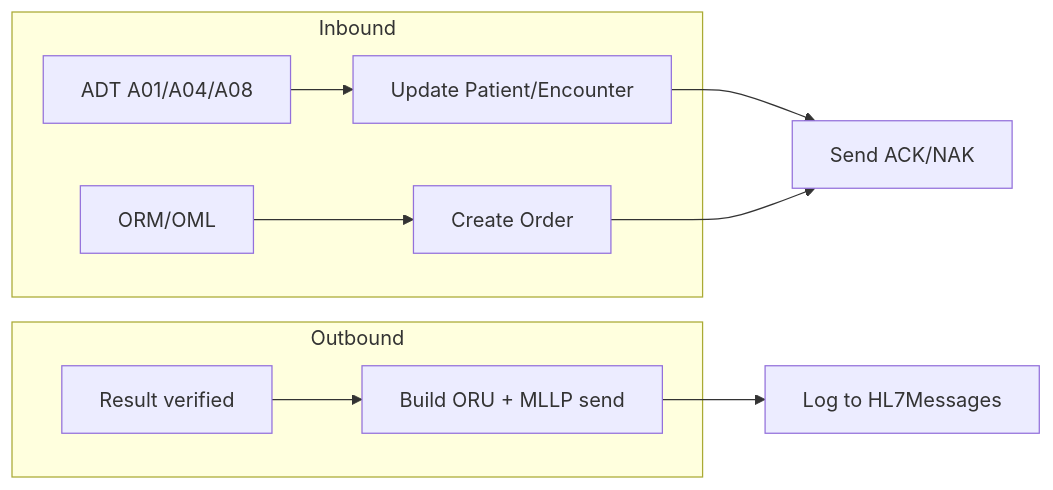
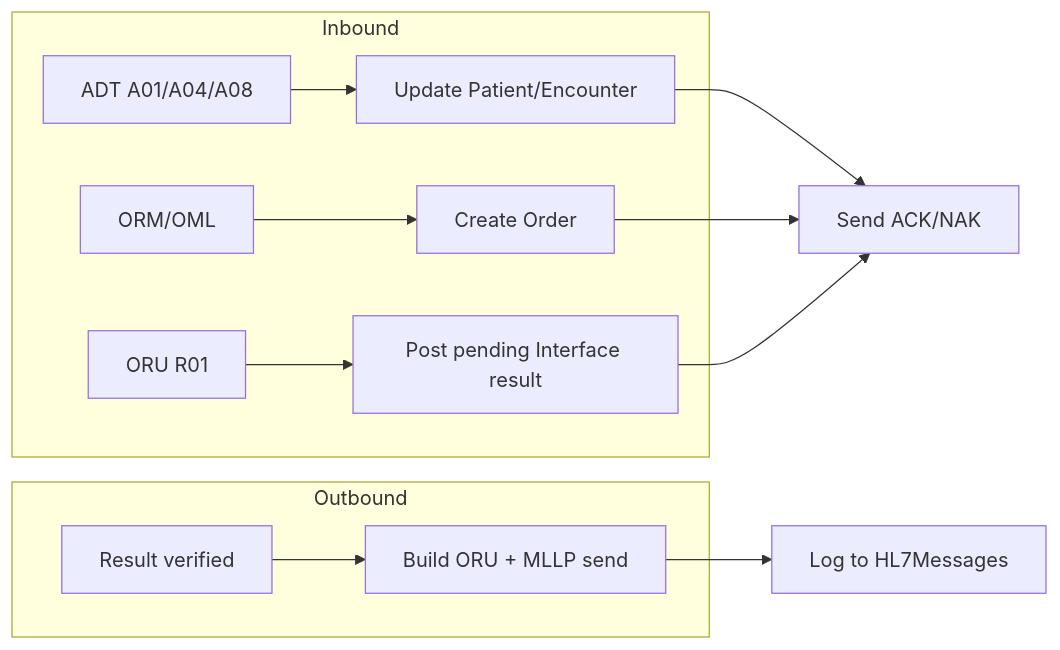
Before and after one commit to drpitts13/greyhound-blood-bank-system: diagram 11 of 11 in docs/workflows.md, drawn with Mermaid. The commit also changed other lines of this file and 187 other files, not shown here.

````diff
--- a/docs/workflows.md
+++ b/docs/workflows.md
@@ -255,13 +255,15 @@
 ```mermaid
 flowchart LR
     subgraph inbound [Inbound]
       adt[ADT A01/A04/A08] --> pat[Update Patient/Encounter]
       orm[ORM/OML] --> ord[Create Order]
+      oruIn[ORU R01] --> res[Post pending Interface result]
     end
     subgraph outbound [Outbound]
       ver[Result verified] --> oru[Build ORU + MLLP send]
     end
     pat --> ack[Send ACK/NAK]
     ord --> ack
+    res --> ack
     oru --> log[Log to HL7Messages]
 ```
````
